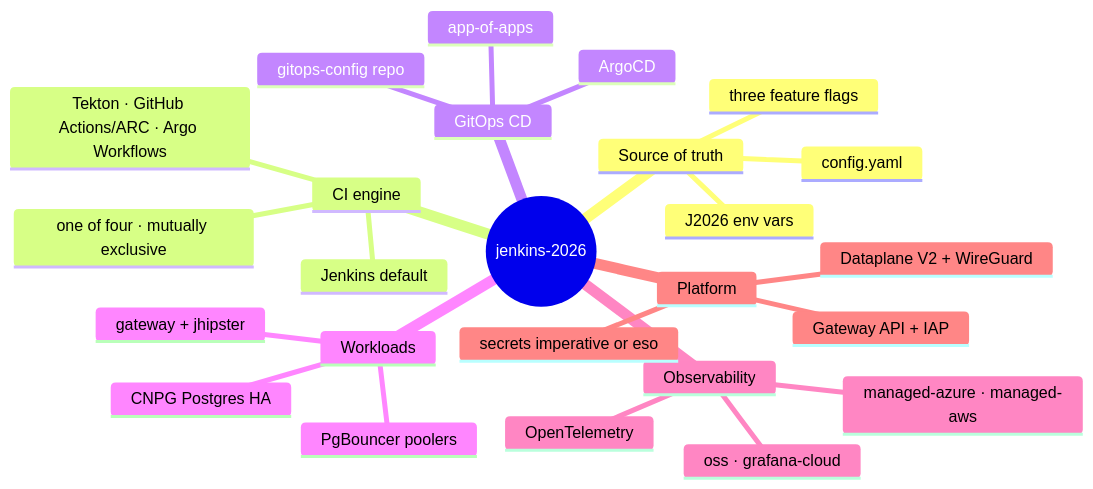
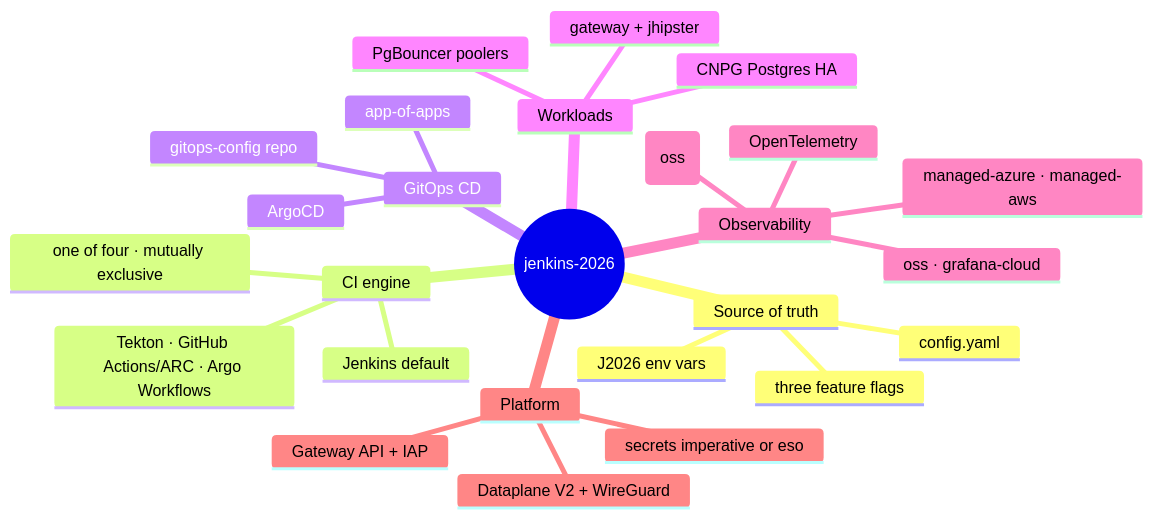
Before and after one commit to nubenetes/jenkins-2026: the first of 11 diagrams in docs/201-ARCHITECTURE.md, drawn with Mermaid. The commit also changed other lines of this file and 19 other files, not shown here.

````diff
--- a/docs/201-ARCHITECTURE.md
+++ b/docs/201-ARCHITECTURE.md
@@ -27,28 +27,29 @@
 ```mermaid
 mindmap
   root((jenkins-2026))
     Source of truth
       config.yaml
       J2026 env vars
       three feature flags
     CI engine
       Jenkins default
       Tekton · GitHub Actions/ARC · Argo Workflows
       one of four · mutually exclusive
     GitOps CD
       ArgoCD
       gitops-config repo
       app-of-apps
     Workloads
       gateway + jhipster
       CNPG Postgres HA
       PgBouncer poolers
     Observability
       OpenTelemetry
       oss · grafana-cloud
       managed-azure · managed-aws
+      AI assistant opt-in (oss)
     Platform
       Gateway API + IAP
       Dataplane V2 + WireGuard
       secrets imperative or eso
 ```
````
